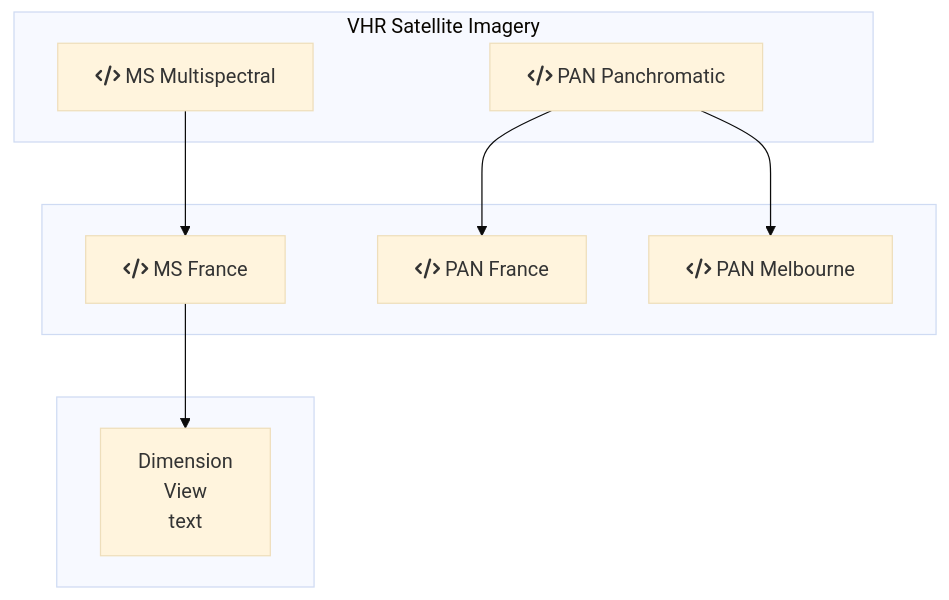
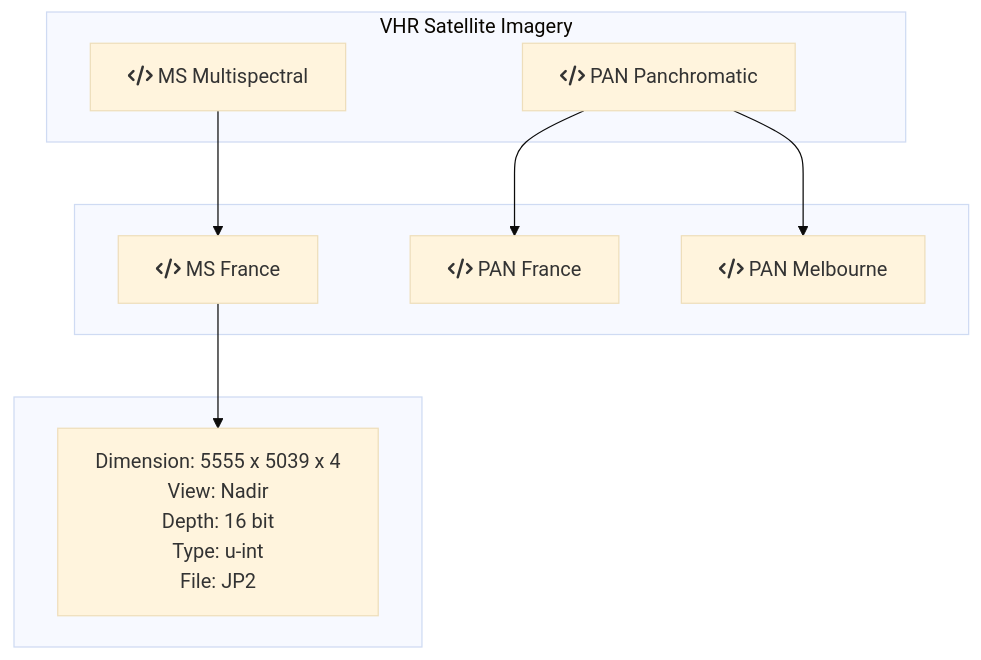
The diagram in Pleiades/README.md (DippoldEJ/Satellite-Datasets), drawn with Mermaid (base theme) before and after one commit.

````diff
--- a/Pleiades/README.md
+++ b/Pleiades/README.md
@@ -7,26 +7,28 @@
 ```mermaid
 flowchart TD;
 
 subgraph VHR Satellite Imagery
     a[fa:fa-code MS Multispectral]
     b[fa:fa-code PAN Panchromatic]
     end
 
 subgraph  
     c[fa:fa-code MS France]
     d[fa:fa-code PAN France]
     e[fa:fa-code PAN Melbourne]
     end
 
 subgraph  
-    f["`Dimension
-    View
-    text`"]
+    f["`Dimension: 5555 x 5039 x 4
+    View: Nadir
+    Depth: 16 bit
+    Type: u-int
+    File: JP2`"]
 end
 
 c --> f
 a --> c
 b --> d
 b --> e
 
 ```
````
